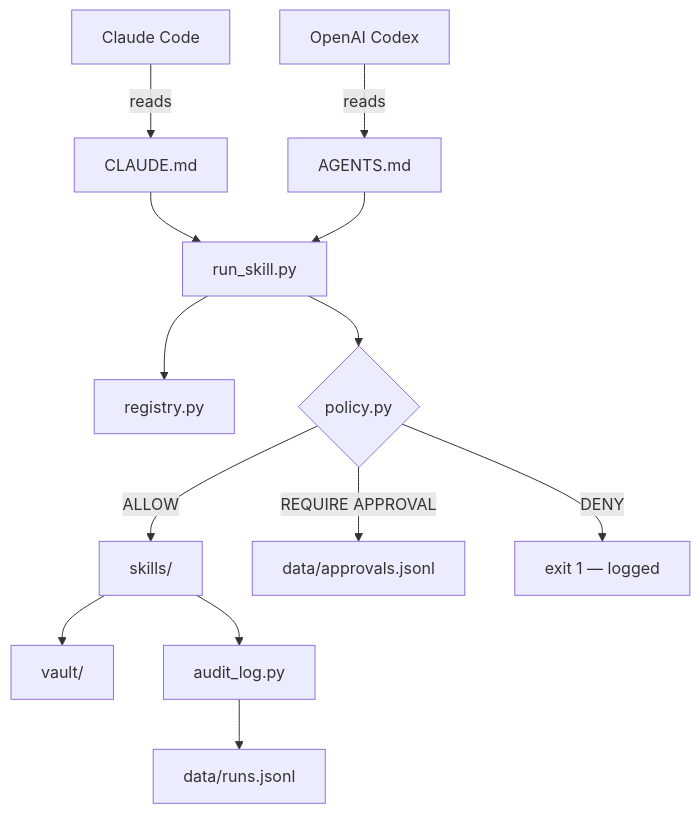
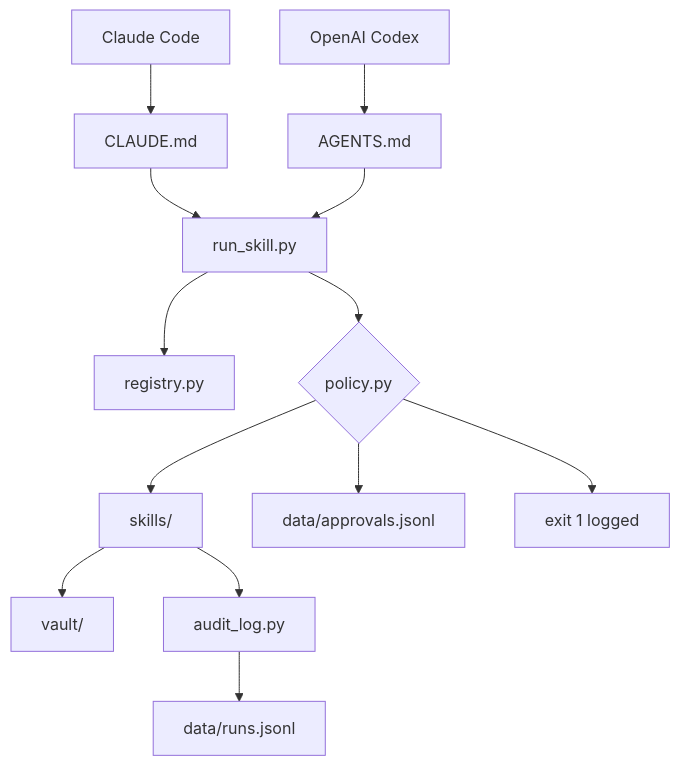
One commit to nicholashidalgo/agentic-os-control-plane changed the second of 2 diagrams in README.md. Above: the diagram before and after it, drawn with Mermaid. The commit also changed other lines of this file, not shown here.

First line of the commit message:
Enhance README with project details and architecture

````diff
--- a/README.md
+++ b/README.md
@@ -33,18 +154,18 @@
 ```mermaid
 flowchart TD
-    CC[Claude Code] -->|reads| CLAUDE[CLAUDE.md]
-    CX[OpenAI Codex] -->|reads| AGENTS[AGENTS.md]
+    CC[Claude Code] --> CLAUDE[CLAUDE.md]
+    CX[OpenAI Codex] --> AGENTS[AGENTS.md]
     CLAUDE --> RS[run_skill.py]
     AGENTS --> RS
 
     RS --> REG[registry.py]
-    RS --> POL{policy.py}
+    RS --> POL{"policy.py"}
 
-    POL -->|ALLOW| SK[skills/]
-    POL -->|REQUIRE APPROVAL| APR[data/approvals.jsonl]
-    POL -->|DENY| ERR[exit 1 — logged]
+    POL --> SK[skills/]
+    POL --> APR[data/approvals.jsonl]
+    POL --> ERR[exit 1 logged]
 
     SK --> VLT[vault/]
     SK --> AL[audit_log.py]
     AL --> RUN[data/runs.jsonl]
 ```
````
